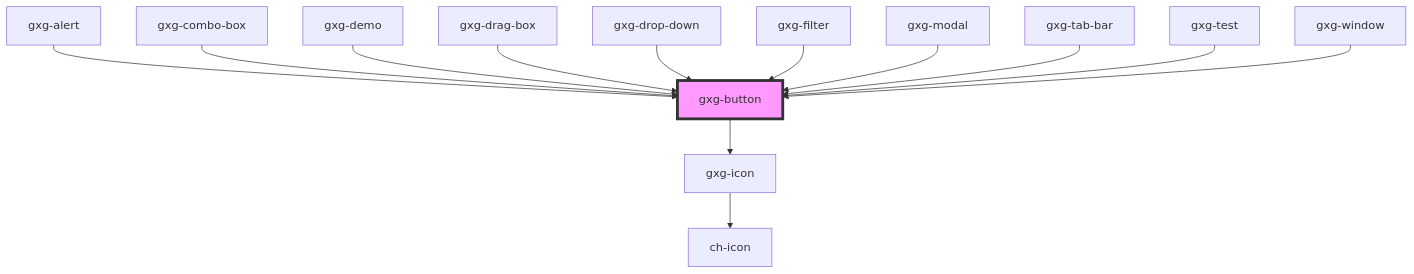
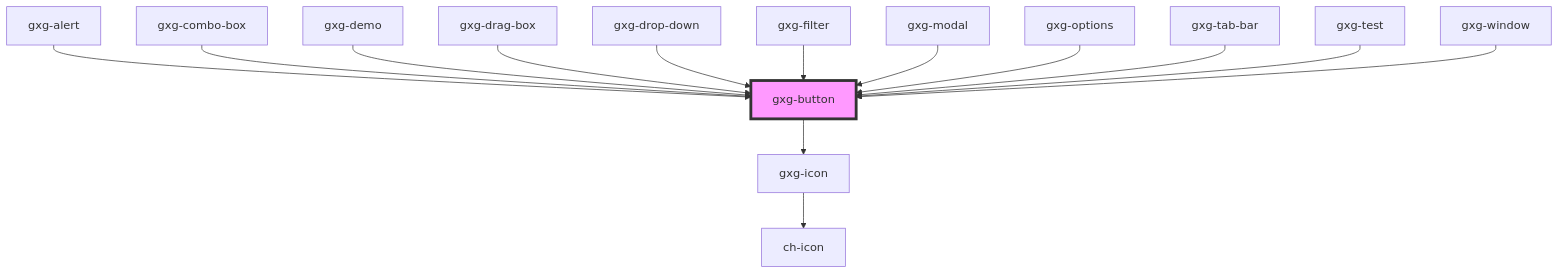
Before and after one commit to genexuslabs/gemini: the diagram in src/components/button/readme.md, drawn with Mermaid. The commit also changed other lines of this file and 10 other files, not shown here.

````diff
--- a/src/components/button/readme.md
+++ b/src/components/button/readme.md
@@ -60,16 +61,17 @@
 ```mermaid
 graph TD;
   gxg-button --> gxg-icon
   gxg-icon --> ch-icon
   gxg-alert --> gxg-button
   gxg-combo-box --> gxg-button
   gxg-demo --> gxg-button
   gxg-drag-box --> gxg-button
   gxg-drop-down --> gxg-button
   gxg-filter --> gxg-button
   gxg-modal --> gxg-button
+  gxg-options --> gxg-button
   gxg-tab-bar --> gxg-button
   gxg-test --> gxg-button
   gxg-window --> gxg-button
   style gxg-button fill:#f9f,stroke:#333,stroke-width:4px
 ```
````
